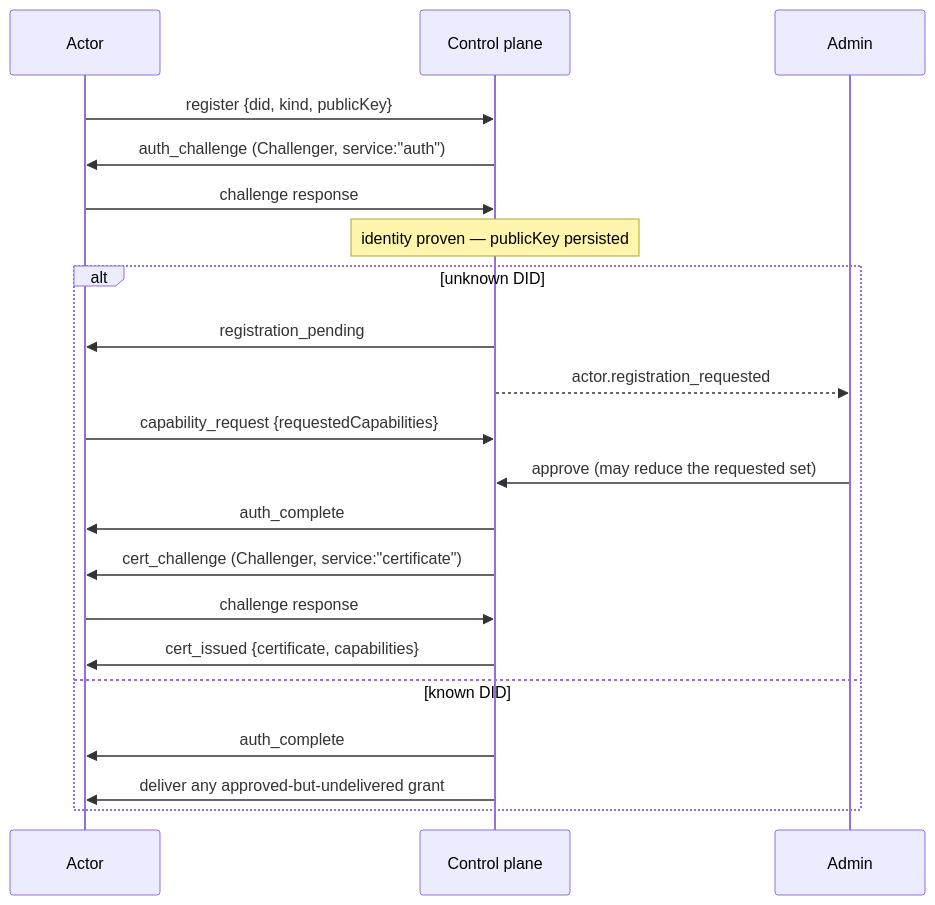
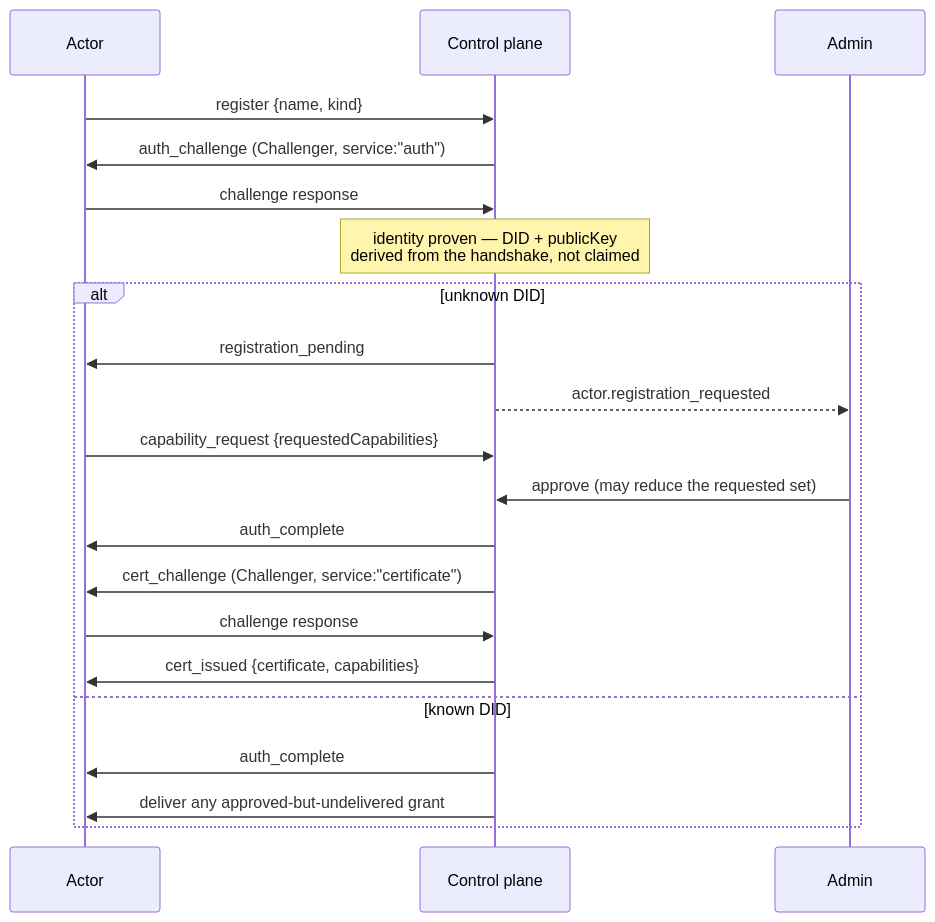
The diagram in docs-site/docs/concepts/actors.md (vaultys/VaultysClaw), drawn with Mermaid before and after one commit. The commit also changed 58 other files, not shown here.

````diff
--- a/docs-site/docs/concepts/actors.md
+++ b/docs-site/docs/concepts/actors.md
@@ -127,24 +127,24 @@
 ```mermaid
 sequenceDiagram
   participant A as Actor
   participant CP as Control plane
   participant Admin
 
-  A->>CP: register {did, kind, publicKey}
+  A->>CP: register {name, kind}
   CP->>A: auth_challenge (Challenger, service:"auth")
   A->>CP: challenge response
-  Note over CP: identity proven — publicKey persisted
+  Note over CP: identity proven — DID + publicKey<br/>derived from the handshake, not claimed
   alt unknown DID
     CP->>A: registration_pending
     CP-->>Admin: actor.registration_requested
     A->>CP: capability_request {requestedCapabilities}
     Admin->>CP: approve (may reduce the requested set)
     CP->>A: auth_complete
     CP->>A: cert_challenge (Challenger, service:"certificate")
     A->>CP: challenge response
     CP->>A: cert_issued {certificate, capabilities}
   else known DID
     CP->>A: auth_complete
     CP->>A: deliver any approved-but-undelivered grant
   end
 ```
````
